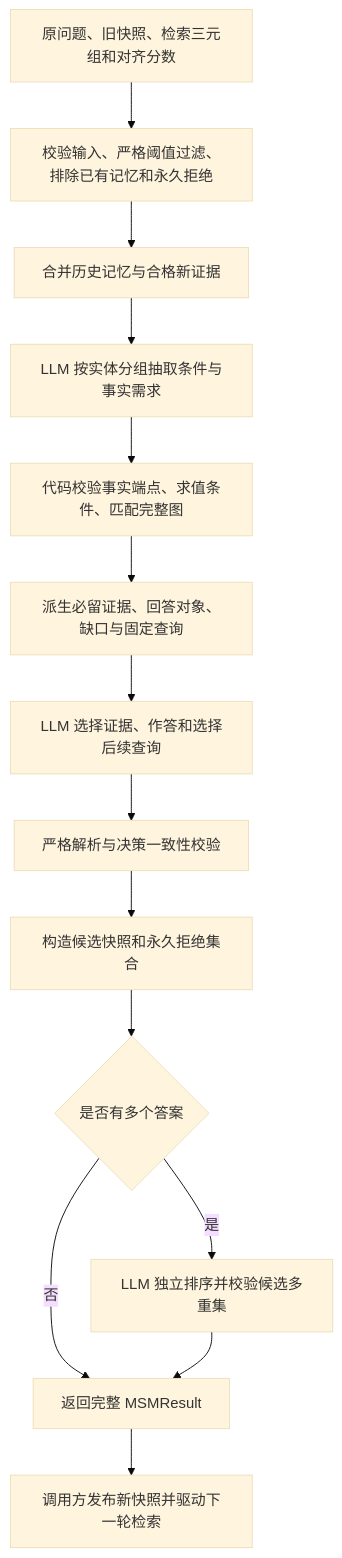
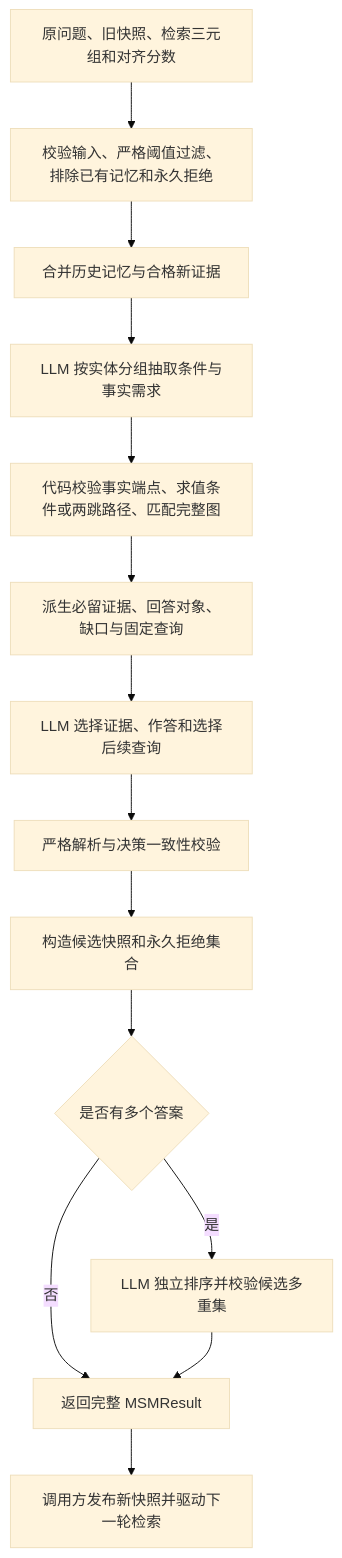
Before and after one commit to yyht6300a/AI6103-Project-FoG: the diagram in docs/part_d.zh-CN.md, drawn with Mermaid (base theme). The commit also changed other lines of this file and 1 other file, not shown here.

Commit message:
docs: replace resolved multihop investigation with current architecture

````diff
--- a/docs/part_d.zh-CN.md
+++ b/docs/part_d.zh-CN.md
@@ -9,16 +9,16 @@
 ```mermaid
 flowchart TD
     A[原问题、旧快照、检索三元组和对齐分数] --> B[校验输入、严格阈值过滤、排除已有记忆和永久拒绝]
     B --> C[合并历史记忆与合格新证据]
     C --> D[LLM 按实体分组抽取条件与事实需求]
-    D --> E[代码校验事实端点、求值条件、匹配完整图]
+    D --> E[代码校验事实端点、求值条件或两跳路径、匹配完整图]
     E --> F[派生必留证据、回答对象、缺口与固定查询]
     F --> G[LLM 选择证据、作答和选择后续查询]
     G --> H[严格解析与决策一致性校验]
     H --> I[构造候选快照和永久拒绝集合]
     I --> J{是否有多个答案}
     J -->|是| K[LLM 独立排序并校验候选多重集]
     J -->|否| L[返回完整 MSMResult]
     K --> L
     L --> M[调用方发布新快照并驱动下一轮检索]
 ```
````
